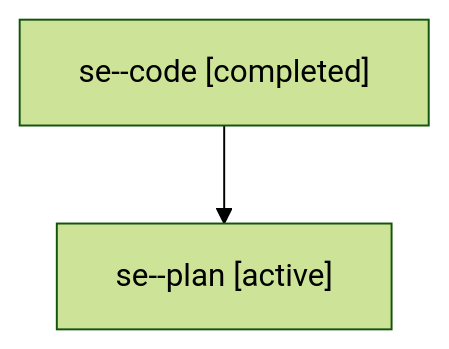
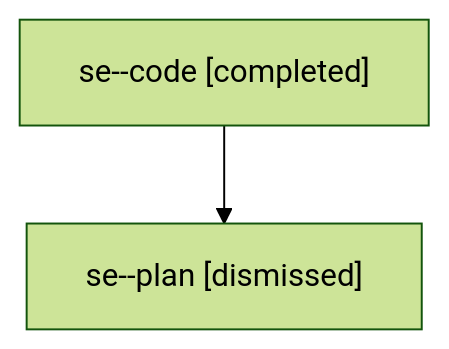
One commit to sase-org/sase--agents changed the diagram in sessions/bbugyi200.athena.se.md. Above: the diagram before and after it, drawn with Mermaid (forest theme). The commit also changed other lines of this file and 12 other files, not shown here.

````diff
--- a/sessions/bbugyi200.athena.se.md
+++ b/sessions/bbugyi200.athena.se.md
@@ -9,6 +9,6 @@
 ```mermaid
 flowchart TD
   n0["se--code [completed]"]
-  n1["se--plan [active]"]
+  n1["se--plan [dismissed]"]
   n0 --> n1
 ```
````
